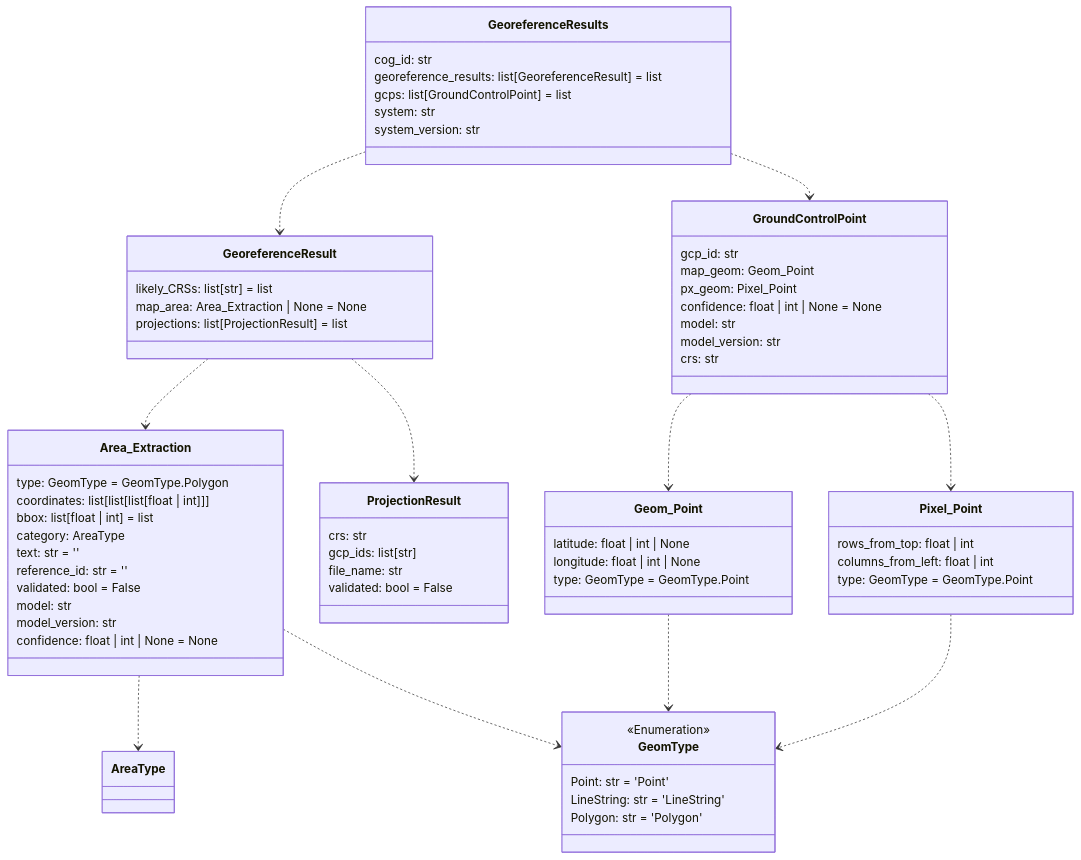
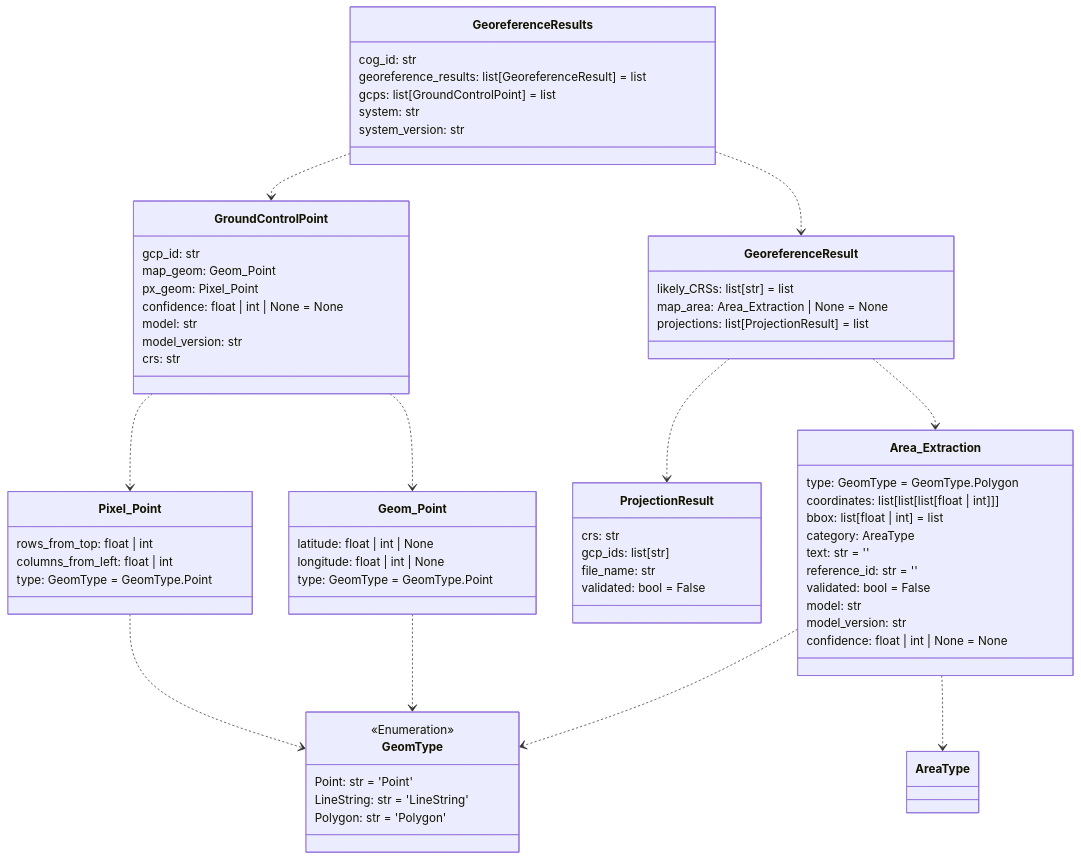
One commit to DARPA-CRITICALMAAS/cdr_schemas changed the second of 14 diagrams in README.md. Above: the diagram before and after it, drawn with Mermaid. The commit also changed other lines of this file and 3 other files, not shown here.

First line of the commit message:
Beak-TA3 BNN and SOM Schema Additions (#79)

````diff
--- a/README.md
+++ b/README.md
@@ -117,79 +117,79 @@
 ```mermaid
 classDiagram
+
+    class Geom_Point {
+        latitude: float | int | None
+        longitude: float | int | None
+        type: GeomType = GeomType.Point
+    }
+
+    class Pixel_Point {
+        rows_from_top: float | int
+        columns_from_left: float | int
+        type: GeomType = GeomType.Point
+    }
+
+    class GeoreferenceResult {
+        likely_CRSs: list[str] = list
+        map_area: Area_Extraction | None = None
+        projections: list[ProjectionResult] = list
+    }
+
+    class GroundControlPoint {
+        gcp_id: str
+        map_geom: Geom_Point
+        px_geom: Pixel_Point
+        confidence: float | int | None = None
+        model: str
+        model_version: str
+        crs: str
+    }
 
     class GeoreferenceResults {
         cog_id: str
         georeference_results: list[GeoreferenceResult] = list
         gcps: list[GroundControlPoint] = list
         system: str
         system_version: str
     }
 
-    class GeomType {
-        <<Enumeration>>
-        Point: str = 'Point'
-        LineString: str = 'LineString'
-        Polygon: str = 'Polygon'
-    }
-
-    class GeoreferenceResult {
-        likely_CRSs: list[str] = list
-        map_area: Area_Extraction | None = None
-        projections: list[ProjectionResult] = list
-    }
-
-    class Pixel_Point {
-        rows_from_top: float | int
-        columns_from_left: float | int
-        type: GeomType = GeomType.Point
-    }
-
     class ProjectionResult {
         crs: str
         gcp_ids: list[str]
         file_name: str
         validated: bool = False
-    }
-
-    class Geom_Point {
-        latitude: float | int | None
-        longitude: float | int | None
-        type: GeomType = GeomType.Point
     }
 
     class Area_Extraction {
         type: GeomType = GeomType.Polygon
         coordinates: list[list[list[float | int]]]
         bbox: list[float | int] = list
         category: AreaType
         text: str = ''
         reference_id: str = ''
         validated: bool = False
         model: str
         model_version: str
         confidence: float | int | None = None
     }
 
-    class GroundControlPoint {
-        gcp_id: str
-        map_geom: Geom_Point
-        px_geom: Pixel_Point
-        confidence: float | int | None = None
-        model: str
-        model_version: str
-        crs: str
+    class GeomType {
+        <<Enumeration>>
+        Point: str = 'Point'
+        LineString: str = 'LineString'
+        Polygon: str = 'Polygon'
     }
 
     Area_Extraction ..> AreaType
     Area_Extraction ..> GeomType
     Geom_Point ..> GeomType
     Pixel_Point ..> GeomType
     GroundControlPoint ..> Pixel_Point
     GroundControlPoint ..> Geom_Point
     GeoreferenceResult ..> Area_Extraction
     GeoreferenceResult ..> ProjectionResult
+    GeoreferenceResults ..> GroundControlPoint
     GeoreferenceResults ..> GeoreferenceResult
-    GeoreferenceResults ..> GroundControlPoint
 
 
 ```
````
